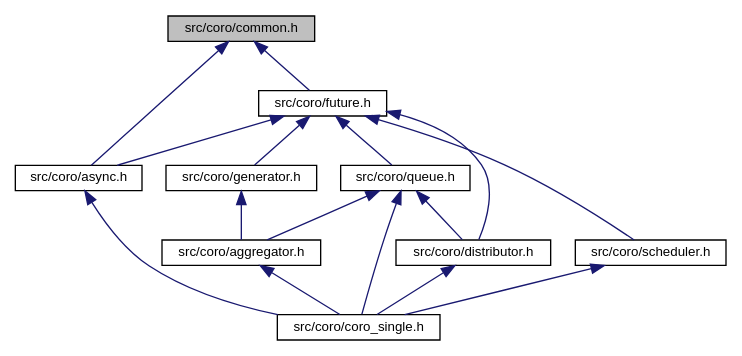
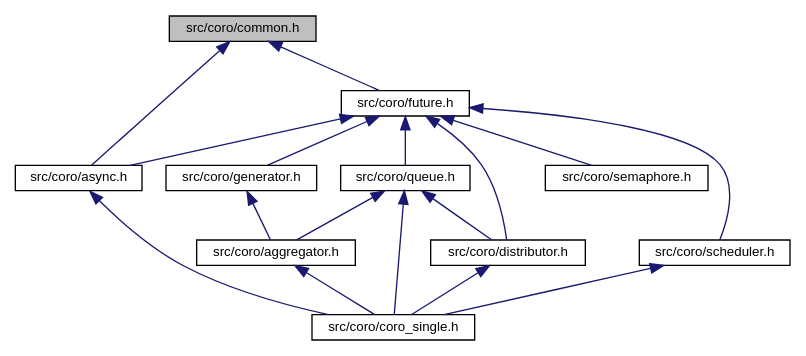
One commit to ondra-novak/libcoro changed the diagram in common_8h__dep__incl.dot. Above: the diagram before and after it, drawn with Graphviz. The commit also changed 408 other files, not shown here.

```diff
--- a/common_8h__dep__incl.dot
+++ b/common_8h__dep__incl.dot
@@ -1,30 +1,32 @@
 digraph "src/coro/common.h"
 {
  // LATEX_PDF_SIZE
   edge [fontname="Helvetica",fontsize="10",labelfontname="Helvetica",labelfontsize="10"];
   node [fontname="Helvetica",fontsize="10",shape=record];
   Node1 [label="src/coro/common.h",height=0.2,width=0.4,color="black", fillcolor="grey75", style="filled", fontcolor="black",tooltip=" "];
   Node1 -> Node2 [dir="back",color="midnightblue",fontsize="10",style="solid",fontname="Helvetica"];
   Node2 [label="src/coro/async.h",height=0.2,width=0.4,color="black", fillcolor="white", style="filled",URL="$async_8h_source.html",tooltip=" "];
   Node2 -> Node3 [dir="back",color="midnightblue",fontsize="10",style="solid",fontname="Helvetica"];
   Node3 [label="src/coro/coro_single.h",height=0.2,width=0.4,color="black", fillcolor="white", style="filled",URL="$coro__single_8h_source.html",tooltip=" "];
   Node1 -> Node4 [dir="back",color="midnightblue",fontsize="10",style="solid",fontname="Helvetica"];
   Node4 [label="src/coro/future.h",height=0.2,width=0.4,color="black", fillcolor="white", style="filled",URL="$future_8h_source.html",tooltip=" "];
   Node4 -> Node2 [dir="back",color="midnightblue",fontsize="10",style="solid",fontname="Helvetica"];
   Node4 -> Node5 [dir="back",color="midnightblue",fontsize="10",style="solid",fontname="Helvetica"];
   Node5 [label="src/coro/distributor.h",height=0.2,width=0.4,color="black", fillcolor="white", style="filled",URL="$distributor_8h_source.html",tooltip=" "];
   Node5 -> Node3 [dir="back",color="midnightblue",fontsize="10",style="solid",fontname="Helvetica"];
   Node4 -> Node6 [dir="back",color="midnightblue",fontsize="10",style="solid",fontname="Helvetica"];
   Node6 [label="src/coro/generator.h",height=0.2,width=0.4,color="black", fillcolor="white", style="filled",URL="$generator_8h_source.html",tooltip=" "];
   Node6 -> Node7 [dir="back",color="midnightblue",fontsize="10",style="solid",fontname="Helvetica"];
   Node7 [label="src/coro/aggregator.h",height=0.2,width=0.4,color="black", fillcolor="white", style="filled",URL="$aggregator_8h_source.html",tooltip=" "];
   Node7 -> Node3 [dir="back",color="midnightblue",fontsize="10",style="solid",fontname="Helvetica"];
   Node4 -> Node8 [dir="back",color="midnightblue",fontsize="10",style="solid",fontname="Helvetica"];
   Node8 [label="src/coro/queue.h",height=0.2,width=0.4,color="black", fillcolor="white", style="filled",URL="$queue_8h_source.html",tooltip=" "];
   Node8 -> Node7 [dir="back",color="midnightblue",fontsize="10",style="solid",fontname="Helvetica"];
   Node8 -> Node3 [dir="back",color="midnightblue",fontsize="10",style="solid",fontname="Helvetica"];
   Node8 -> Node5 [dir="back",color="midnightblue",fontsize="10",style="solid",fontname="Helvetica"];
   Node4 -> Node9 [dir="back",color="midnightblue",fontsize="10",style="solid",fontname="Helvetica"];
   Node9 [label="src/coro/scheduler.h",height=0.2,width=0.4,color="black", fillcolor="white", style="filled",URL="$scheduler_8h_source.html",tooltip=" "];
   Node9 -> Node3 [dir="back",color="midnightblue",fontsize="10",style="solid",fontname="Helvetica"];
+  Node4 -> Node10 [dir="back",color="midnightblue",fontsize="10",style="solid",fontname="Helvetica"];
+  Node10 [label="src/coro/semaphore.h",height=0.2,width=0.4,color="black", fillcolor="white", style="filled",URL="$semaphore_8h_source.html",tooltip=" "];
 }
```
